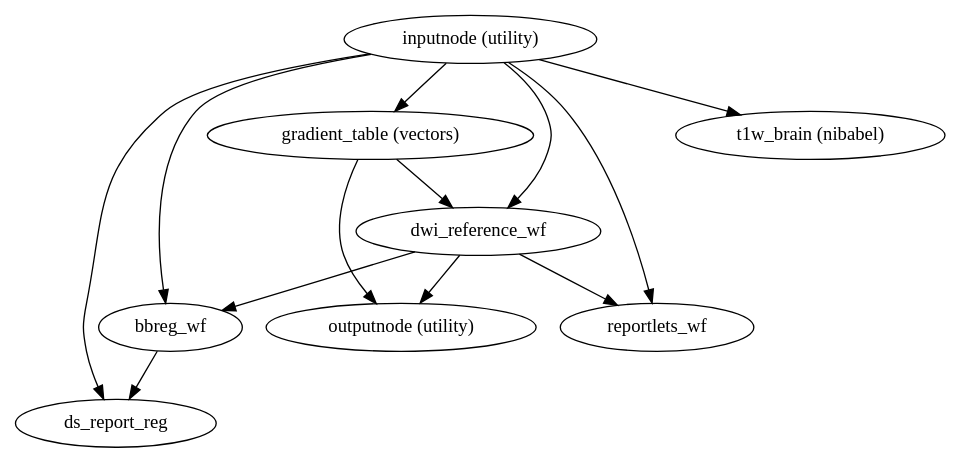
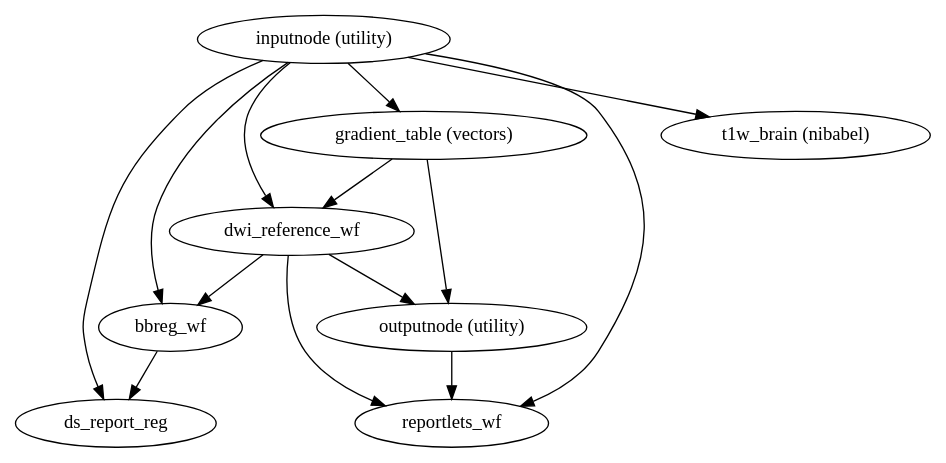
The diagram in 0.2.2/wf_directive/api/dwi_preproc_wf/dmriprep-workflows-dwi-base-1.dot (nipreps/dmriprep), drawn with Graphviz before and after one commit. The commit also changed 302 other files, not shown here.

```diff
--- a/0.2.2/wf_directive/api/dwi_preproc_wf/dmriprep-workflows-dwi-base-1.dot
+++ b/0.2.2/wf_directive/api/dwi_preproc_wf/dmriprep-workflows-dwi-base-1.dot
@@ -1,22 +1,23 @@
 strict digraph  {
 "inputnode (utility)";
 "gradient_table (vectors)";
 dwi_reference_wf;
 bbreg_wf;
 "t1w_brain (nibabel)";
 ds_report_reg;
 reportlets_wf;
 "outputnode (utility)";
 "inputnode (utility)" -> "gradient_table (vectors)";
 "inputnode (utility)" -> dwi_reference_wf;
 "inputnode (utility)" -> bbreg_wf;
 "inputnode (utility)" -> "t1w_brain (nibabel)";
 "inputnode (utility)" -> ds_report_reg;
 "inputnode (utility)" -> reportlets_wf;
 "gradient_table (vectors)" -> dwi_reference_wf;
 "gradient_table (vectors)" -> "outputnode (utility)";
-dwi_reference_wf -> "outputnode (utility)";
 dwi_reference_wf -> bbreg_wf;
 dwi_reference_wf -> reportlets_wf;
+dwi_reference_wf -> "outputnode (utility)";
 bbreg_wf -> ds_report_reg;
+"outputnode (utility)" -> reportlets_wf;
 }
```
